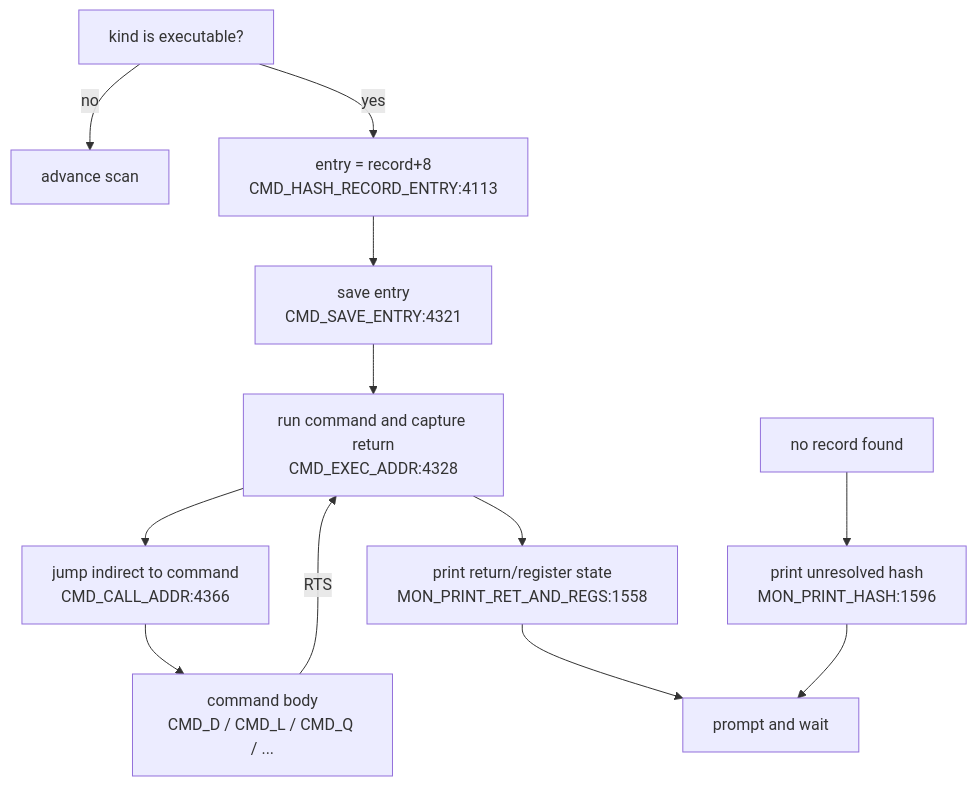
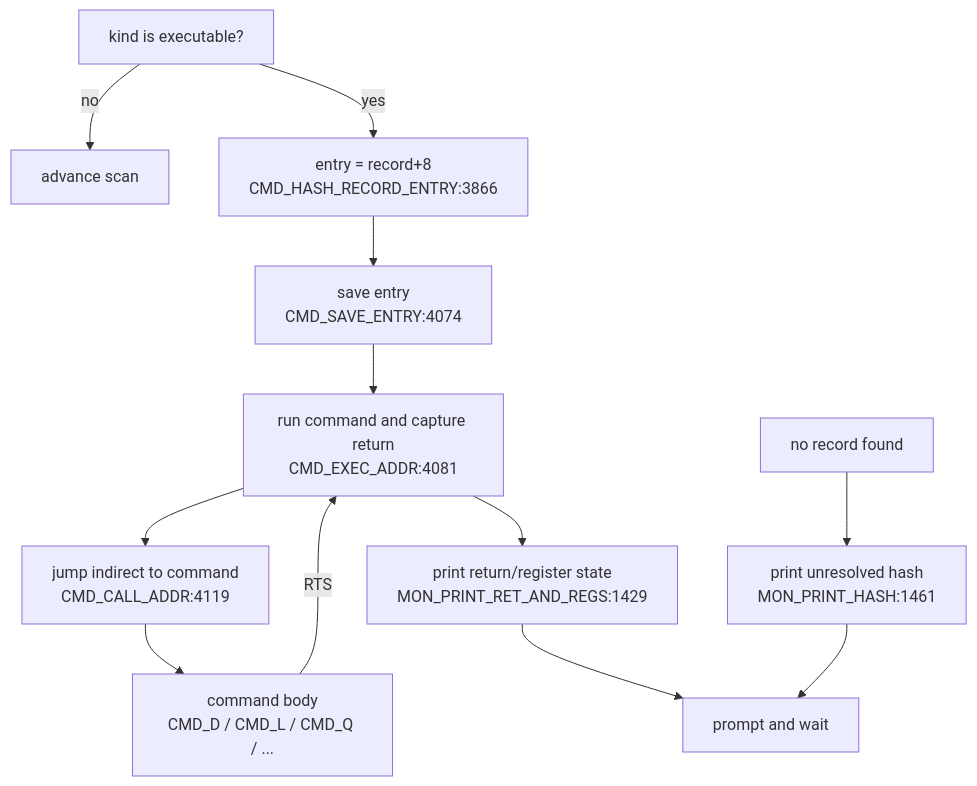
The fourth of 4 diagrams in DOC/GENERATED/CMD_FLOW_MAP.md (95westus/R-YORS), drawn with Mermaid before and after one commit. The commit also changed other lines of this file and 65 other files, not shown here.

````diff
--- a/DOC/GENERATED/CMD_FLOW_MAP.md
+++ b/DOC/GENERATED/CMD_FLOW_MAP.md
@@ -58,14 +58,14 @@
 ```mermaid
 flowchart TD
     EXECOK["kind is executable?"] -->|no| ADV["advance scan"]
-    EXECOK -->|yes| ENTRY["entry = record+8<br/>CMD_HASH_RECORD_ENTRY:4113"]
-    ENTRY --> SAVEENTRY["save entry<br/>CMD_SAVE_ENTRY:4321"]
-    SAVEENTRY --> RUN["run command and capture return<br/>CMD_EXEC_ADDR:4328"]
-    RUN --> CALL["jump indirect to command<br/>CMD_CALL_ADDR:4366"]
+    EXECOK -->|yes| ENTRY["entry = record+8<br/>CMD_HASH_RECORD_ENTRY:3866"]
+    ENTRY --> SAVEENTRY["save entry<br/>CMD_SAVE_ENTRY:4074"]
+    SAVEENTRY --> RUN["run command and capture return<br/>CMD_EXEC_ADDR:4081"]
+    RUN --> CALL["jump indirect to command<br/>CMD_CALL_ADDR:4119"]
     CALL --> BODY["command body<br/>CMD_D / CMD_L / CMD_Q / ..."]
     BODY -->|RTS| RUN
-    RUN --> RETPRINT["print return/register state<br/>MON_PRINT_RET_AND_REGS:1558"]
+    RUN --> RETPRINT["print return/register state<br/>MON_PRINT_RET_AND_REGS:1429"]
     RETPRINT --> LOOP["prompt and wait"]
-    MISS["no record found"] --> PRHASH["print unresolved hash<br/>MON_PRINT_HASH:1596"]
+    MISS["no record found"] --> PRHASH["print unresolved hash<br/>MON_PRINT_HASH:1461"]
     PRHASH --> LOOP
 ```
````
